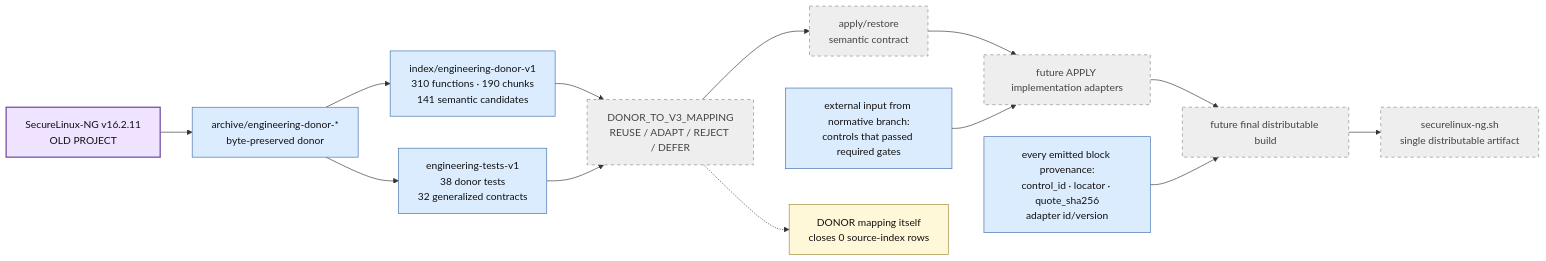
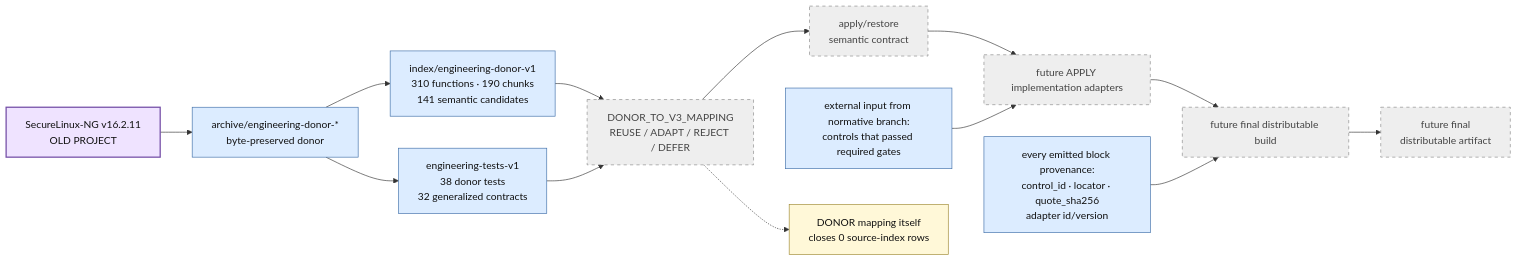
One commit to rasav65/SecureLinux-Policy changed the fourth of 6 diagrams in docs/PROJECT-MAP-v3.md. Above: the diagram before and after it, drawn with Mermaid. The commit also changed other lines of this file and 11 other files, not shown here.

````diff
--- a/docs/PROJECT-MAP-v3.md
+++ b/docs/PROJECT-MAP-v3.md
@@ -223,36 +223,36 @@
 ```mermaid
 flowchart LR
     OLD["SecureLinux-NG v16.2.11<br/>OLD PROJECT"]:::donor
 
     ARCHIVE["archive/engineering-donor-*<br/>byte-preserved donor"]:::component
     DONOR_INDEX["index/engineering-donor-v1<br/>310 functions · 190 chunks<br/>141 semantic candidates"]:::component
     DONOR_TESTS["engineering-tests-v1<br/>38 donor tests<br/>32 generalized contracts"]:::component
 
     MAP["DONOR_TO_V3_MAPPING<br/>REUSE / ADAPT / REJECT / DEFER"]:::future
     APPLY["apply/restore<br/>semantic contract"]:::future
     ADAPTERS["future APPLY implementation adapters"]:::future
     BUILD["future final distributable build"]:::future
-    SCRIPT["securelinux-ng.sh<br/>single distributable artifact"]:::future
+    SCRIPT["future final<br/>distributable artifact"]:::future
 
     OLD --> ARCHIVE
     ARCHIVE --> DONOR_INDEX
     ARCHIVE --> DONOR_TESTS
     DONOR_INDEX --> MAP
     DONOR_TESTS --> MAP
 
     MAP --> APPLY --> ADAPTERS --> BUILD --> SCRIPT
 
     NORMIN["external input from normative branch:<br/>controls that passed required gates"]:::component
     NORMIN --> ADAPTERS
 
     PROVOUT["every emitted block provenance:<br/>control_id · locator · quote_sha256<br/>adapter id/version"]:::component
     PROVOUT --> BUILD
 
     ZERO["DONOR mapping itself<br/>closes 0 source-index rows"]:::note
     MAP -.-> ZERO
 
     classDef donor fill:#efe3ff,stroke:#7651a8,color:#111,stroke-width:2px;
     classDef component fill:#dcecff,stroke:#3e6ea8,color:#111;
     classDef future fill:#eeeeee,stroke:#888,color:#444,stroke-dasharray: 5 5;
     classDef note fill:#fff8d8,stroke:#9d8730,color:#111;
 ```
````
